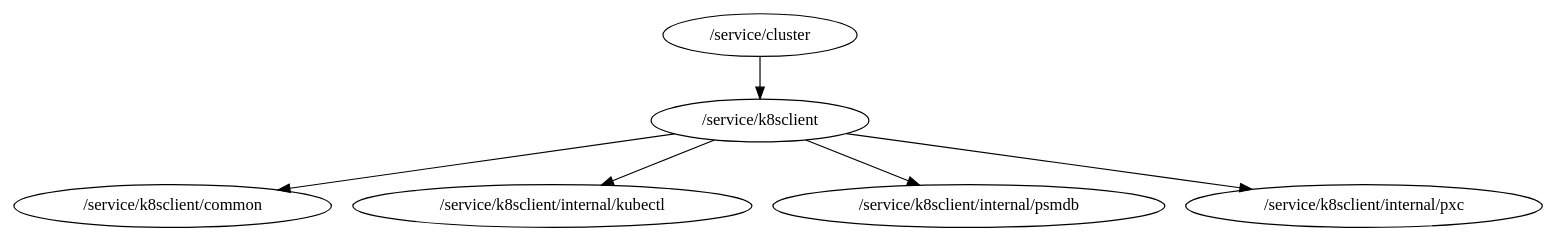
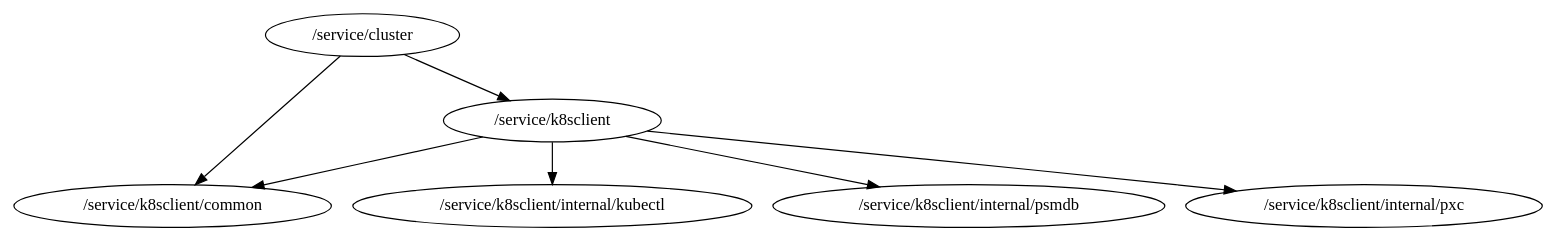
One commit to percona/dbaas-controller changed the diagram in packages.dot. Above: the diagram before and after it, drawn with Graphviz. The commit also changed 5 other files, not shown here.

```diff
--- a/packages.dot
+++ b/packages.dot
@@ -1,7 +1,8 @@
 digraph packages {
 	"/service/cluster" -> "/service/k8sclient";
+	"/service/cluster" -> "/service/k8sclient/common";
 	"/service/k8sclient" -> "/service/k8sclient/common";
 	"/service/k8sclient" -> "/service/k8sclient/internal/kubectl";
 	"/service/k8sclient" -> "/service/k8sclient/internal/psmdb";
 	"/service/k8sclient" -> "/service/k8sclient/internal/pxc";
 }
```
